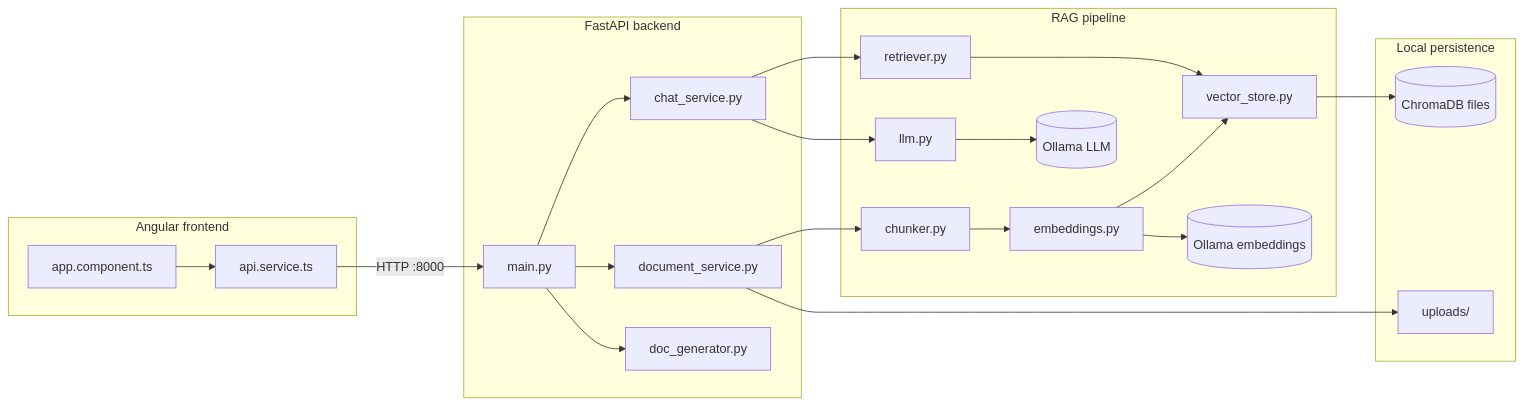
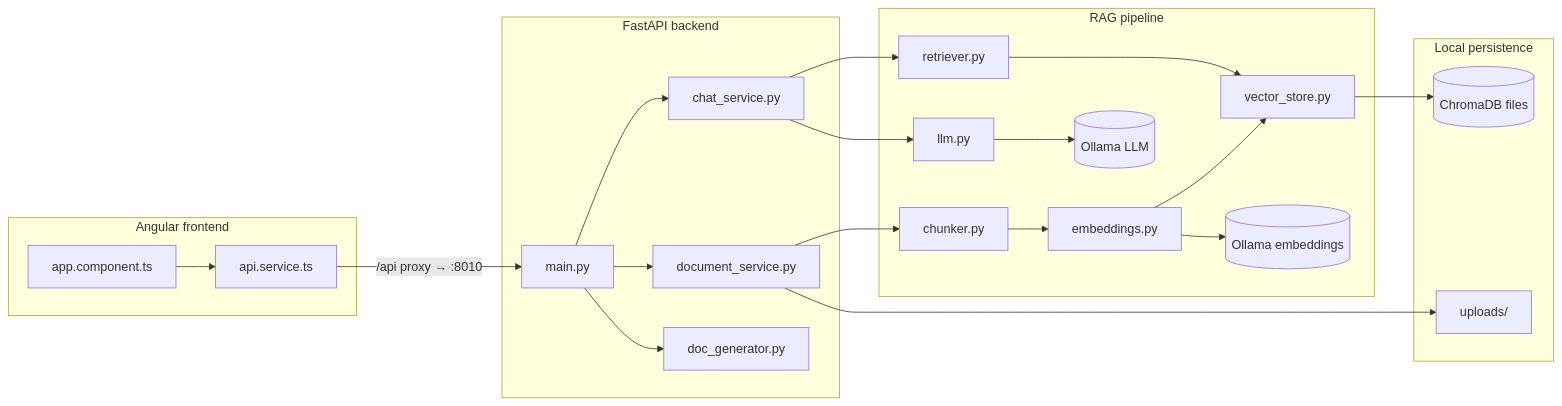
One commit to rohitedwardK/rag-app changed the diagram in PROJECT_MAP.md. Above: the diagram before and after it, drawn with Mermaid. The commit also changed other lines of this file and 9 other files, not shown here.

Commit message:
Dev proxy for API, configurable API port, clearer chat errors

````diff
--- a/PROJECT_MAP.md
+++ b/PROJECT_MAP.md
@@ -9,40 +9,40 @@
 ```mermaid
 flowchart LR
   subgraph ui [Angular frontend]
     App[app.component.ts]
     APIsvc[api.service.ts]
     App --> APIsvc
   end
 
   subgraph api [FastAPI backend]
     Main[main.py]
     DocSvc[document_service.py]
     ChatSvc[chat_service.py]
     DocGen[doc_generator.py]
     Main --> DocSvc
     Main --> ChatSvc
     Main --> DocGen
   end
 
   subgraph rag [RAG pipeline]
     Chunk[chunker.py]
     Emb[embeddings.py]
     VS[vector_store.py]
     Ret[retriever.py]
     LLM[llm.py]
     DocSvc --> Chunk --> Emb --> VS
     ChatSvc --> Ret --> VS
     ChatSvc --> LLM
     Emb --> OllamaEmb[(Ollama embeddings)]
     LLM --> OllamaLLM[(Ollama LLM)]
   end
 
   subgraph storage [Local persistence]
     Chroma[(ChromaDB files)]
     Uploads[uploads/]
     VS --> Chroma
     DocSvc --> Uploads
   end
 
-  APIsvc -->|HTTP :8000| Main
+  APIsvc -->|/api proxy → :8010| Main
 ```
````
